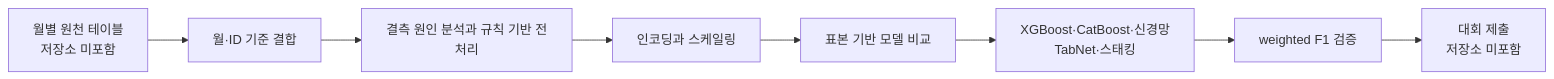
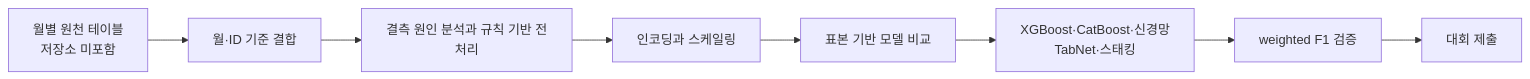
One commit to junhyung-L/credit-card-customer-segmentation changed the diagram in README.ko.md. Above: the diagram before and after it, drawn with Mermaid. The commit also changed other lines of this file and 3 other files, not shown here.

````diff
--- a/README.ko.md
+++ b/README.ko.md
@@ -17,10 +17,10 @@
 ```mermaid
 flowchart LR
     A[월별 원천 테이블\n저장소 미포함] --> B[월·ID 기준 결합]
     B --> C[결측 원인 분석과 규칙 기반 전처리]
     C --> D[인코딩과 스케일링]
     D --> E[표본 기반 모델 비교]
     E --> F[XGBoost·CatBoost·신경망\nTabNet·스태킹]
     F --> G[weighted F1 검증]
-    G --> H[대회 제출\n저장소 미포함]
+    G --> H[대회 제출]
 ```
````
